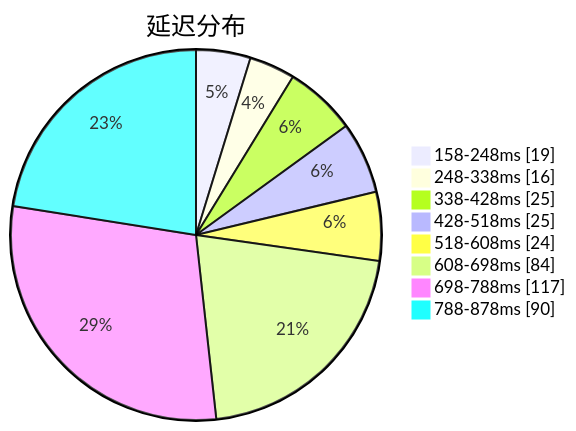
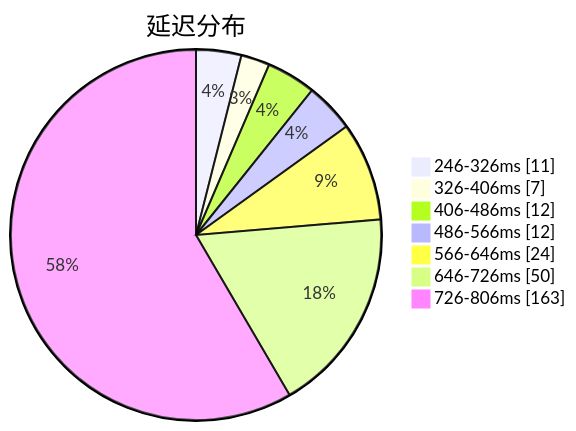
One commit to qjlxg/airport changed the first of 3 diagrams in subs/statistics/tested_within.md. Above: the diagram before and after it, drawn with Mermaid. The commit also changed other lines of this file and 2 other files, not shown here.

````diff
--- a/subs/statistics/tested_within.md
+++ b/subs/statistics/tested_within.md
@@ -2,12 +2,11 @@
 ```mermaid
 pie showData
 title 延迟分布
-"158-248ms" : 19
-"248-338ms" : 16
-"338-428ms" : 25
-"428-518ms" : 25
-"518-608ms" : 24
-"608-698ms" : 84
-"698-788ms" : 117
-"788-878ms" : 90
+"246-326ms" : 11
+"326-406ms" : 7
+"406-486ms" : 12
+"486-566ms" : 12
+"566-646ms" : 24
+"646-726ms" : 50
+"726-806ms" : 163
 ```
````
